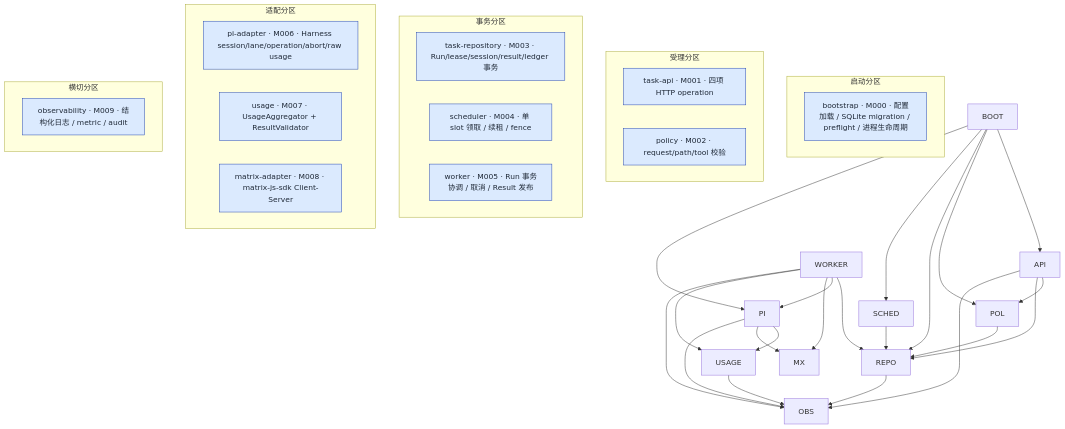
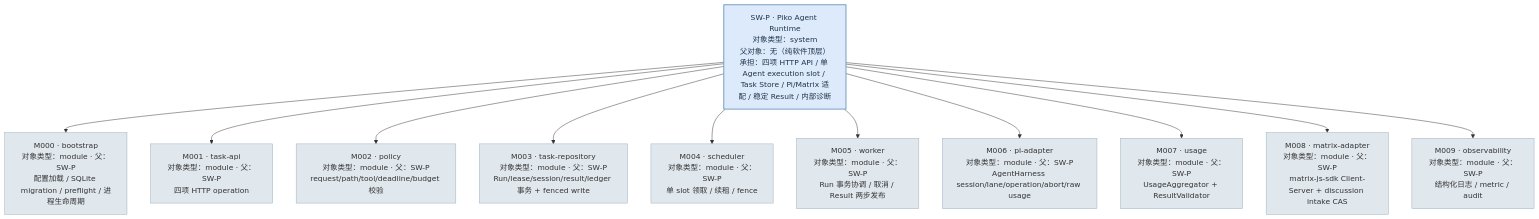
The third of 9 diagrams in docs/20_system_design/piko-system-design.md (corezilla/piko), drawn with Mermaid before and after one commit. The commit also changed other lines of this file, not shown here.

First paragraph of the commit message:
docs(std): align §2.1.2 + §3.1 with STD example diagram conventions
Two diagrams rewrote per STD visual conventions:

````diff
--- a/docs/20_system_design/piko-system-design.md
+++ b/docs/20_system_design/piko-system-design.md
@@ -129,52 +138,38 @@
 ```mermaid
 flowchart TD
-  classDef module fill:#dbeafe,stroke:#1e40af,color:#1f2937
+  SWP["SW-P · Piko Agent Runtime<br/>对象类型：system<br/>父对象：无（纯软件顶层）<br/>承担：四项 HTTP API / 单 Agent execution slot / Task Store / Pi/Matrix 适配 / 稳定 Result / 内部诊断"]
 
-  subgraph Boot["启动分区"]
-    M000["bootstrap · M000 · 配置加载 / SQLite migration / preflight / 进程生命周期"]:::module
-  end
+  M000["M000 · bootstrap<br/>对象类型：module · 父：SW-P<br/>配置加载 / SQLite migration / preflight / 进程生命周期"]
+  M001["M001 · task-api<br/>对象类型：module · 父：SW-P<br/>四项 HTTP operation"]
+  M002["M002 · policy<br/>对象类型：module · 父：SW-P<br/>request/path/tool/deadline/budget 校验"]
+  M003["M003 · task-repository<br/>对象类型：module · 父：SW-P<br/>Run/lease/session/result/ledger 事务 + fenced write"]
+  M004["M004 · scheduler<br/>对象类型：module · 父：SW-P<br/>单 slot 领取 / 续租 / fence"]
+  M005["M005 · worker<br/>对象类型：module · 父：SW-P<br/>Run 事务协调 / 取消 / Result 两步发布"]
+  M006["M006 · pi-adapter<br/>对象类型：module · 父：SW-P<br/>AgentHarness session/lane/operation/abort/raw usage"]
+  M007["M007 · usage<br/>对象类型：module · 父：SW-P<br/>UsageAggregator + ResultValidator"]
+  M008["M008 · matrix-adapter<br/>对象类型：module · 父：SW-P<br/>matrix-js-sdk Client-Server + discussion intake CAS"]
+  M009["M009 · observability<br/>对象类型：module · 父：SW-P<br/>结构化日志 / metric / audit"]
 
-  subgraph Intake["受理分区"]
-    M001["task-api · M001 · 四项 HTTP operation"]:::module
-    M002["policy · M002 · request/path/tool 校验"]:::module
-  end
+  SWP --> M000
+  SWP --> M001
+  SWP --> M002
+  SWP --> M003
+  SWP --> M004
+  SWP --> M005
+  SWP --> M006
+  SWP --> M007
+  SWP --> M008
+  SWP --> M009
 
-  subgraph Store["事务分区"]
-    M003["task-repository · M003 · Run/lease/session/result/ledger 事务"]:::module
-    M004["scheduler · M004 · 单 slot 领取 / 续租 / fence"]:::module
-    M005["worker · M005 · Run 事务协调 / 取消 / Result 发布"]:::module
-  end
-
-  subgraph Adapt["适配分区"]
-    M006["pi-adapter · M006 · Harness session/lane/operation/abort/raw usage"]:::module
-    M007["usage · M007 · UsageAggregator + ResultValidator"]:::module
-    M008["matrix-adapter · M008 · matrix-js-sdk Client-Server"]:::module
-  end
-
-  subgraph Obs["横切分区"]
-    M009["observability · M009 · 结构化日志 / metric / audit"]:::module
-  end
-
-  BOOT --> API
-  BOOT --> POL
-  BOOT --> REPO
-  BOOT --> SCHED
-  BOOT --> PI
-  API --> POL
-  API --> REPO
-  POL --> REPO
-  SCHED --> REPO
-  WORKER --> REPO
-  WORKER --> PI
-  WORKER --> MX
-  WORKER --> USAGE
-  PI --> USAGE
-  PI --> MX
-  PI --> OBS
-  REPO --> OBS
-  API --> OBS
-  USAGE --> OBS
-  WORKER --> OBS
-
-  class M000,M001,M002,M003,M004,M005,M006,M007,M008,M009 module
+  style SWP fill:#dceafb,stroke:#7299c3,stroke-width:2px,color:#20344b
+  style M000 fill:#e0e7ed,stroke:#9aafbf,stroke-width:1px
+  style M001 fill:#e0e7ed,stroke:#9aafbf,stroke-width:1px
+  style M002 fill:#e0e7ed,stroke:#9aafbf,stroke-width:1px
+  style M003 fill:#e0e7ed,stroke:#9aafbf,stroke-width:1px
+  style M004 fill:#e0e7ed,stroke:#9aafbf,stroke-width:1px
+  style M005 fill:#e0e7ed,stroke:#9aafbf,stroke-width:1px
+  style M006 fill:#e0e7ed,stroke:#9aafbf,stroke-width:1px
+  style M007 fill:#e0e7ed,stroke:#9aafbf,stroke-width:1px
+  style M008 fill:#e0e7ed,stroke:#9aafbf,stroke-width:1px
+  style M009 fill:#e0e7ed,stroke:#9aafbf,stroke-width:1px
 ```
````
